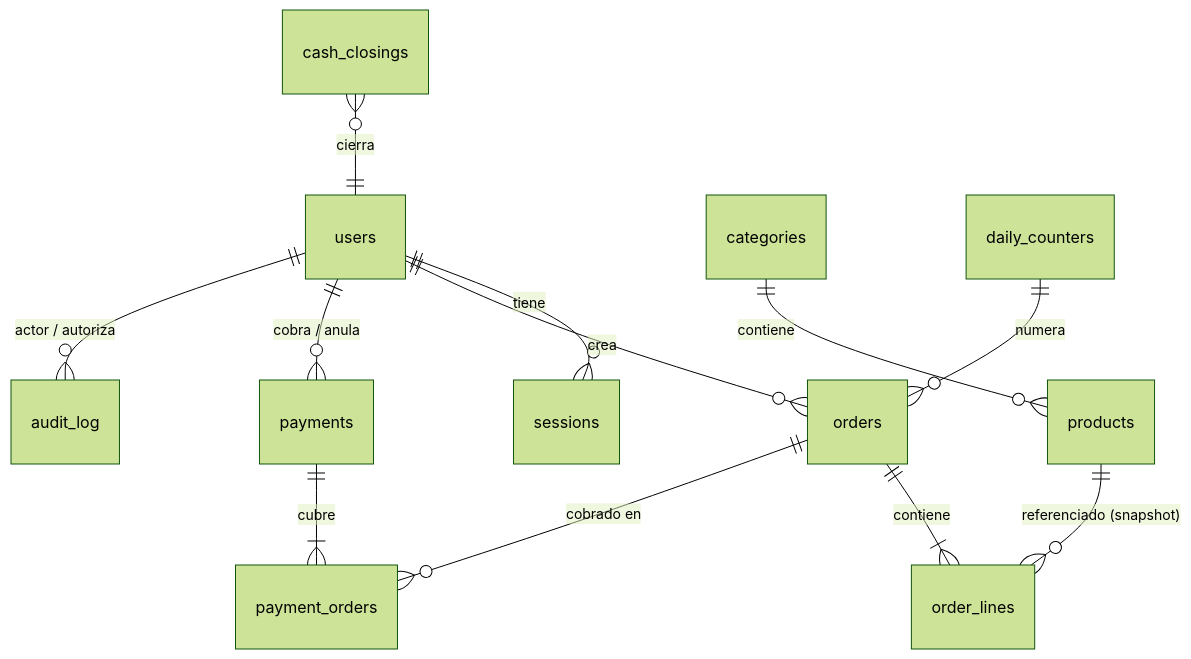
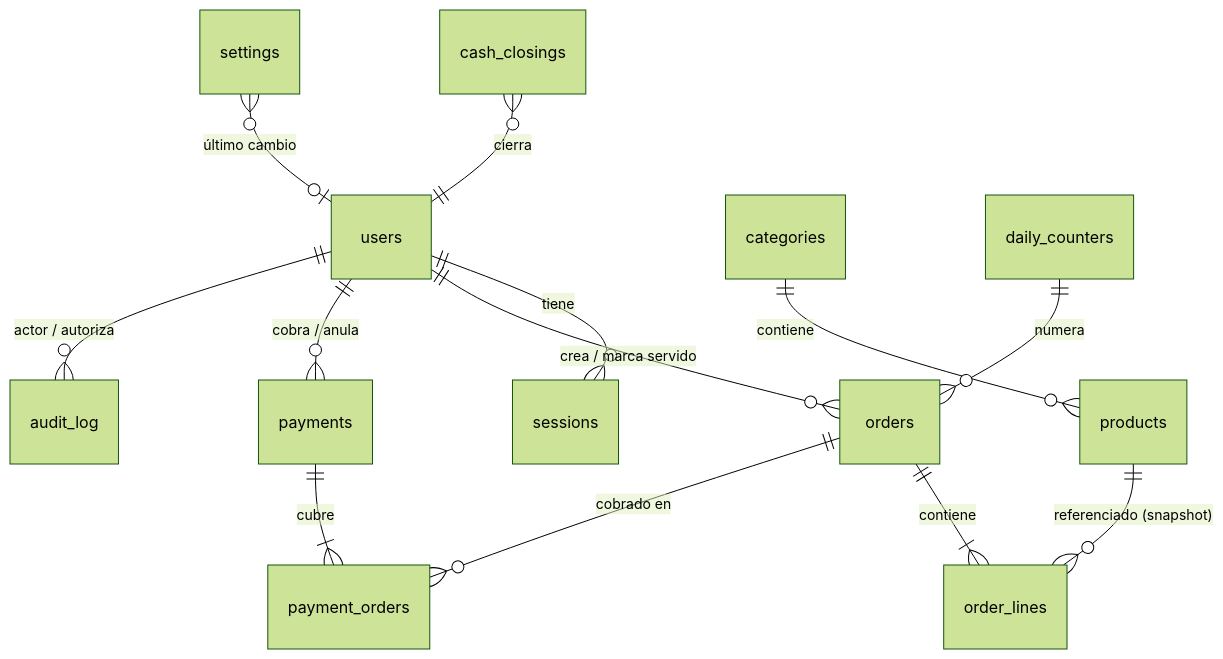
One commit to Pablo592/testing-ia changed the second of 3 diagrams in docs/arquitectura.md. Above: the diagram before and after it, drawn with Mermaid (forest theme). The commit also changed other lines of this file and 20 other files, not shown here.

````diff
--- a/docs/arquitectura.md
+++ b/docs/arquitectura.md
@@ -147,14 +179,15 @@
 ```mermaid
 erDiagram
   users ||--o{ sessions : "tiene"
-  users ||--o{ orders : "crea"
+  users ||--o{ orders : "crea / marca servido"
   categories ||--o{ products : "contiene"
   products ||--o{ order_lines : "referenciado (snapshot)"
   orders ||--|{ order_lines : "contiene"
   payments ||--|{ payment_orders : "cubre"
   orders ||--o{ payment_orders : "cobrado en"
   users ||--o{ payments : "cobra / anula"
   users ||--o{ audit_log : "actor / autoriza"
   daily_counters ||--o{ orders : "numera"
   cash_closings }o--|| users : "cierra"
+  settings }o--o| users : "último cambio"
 ```
````
